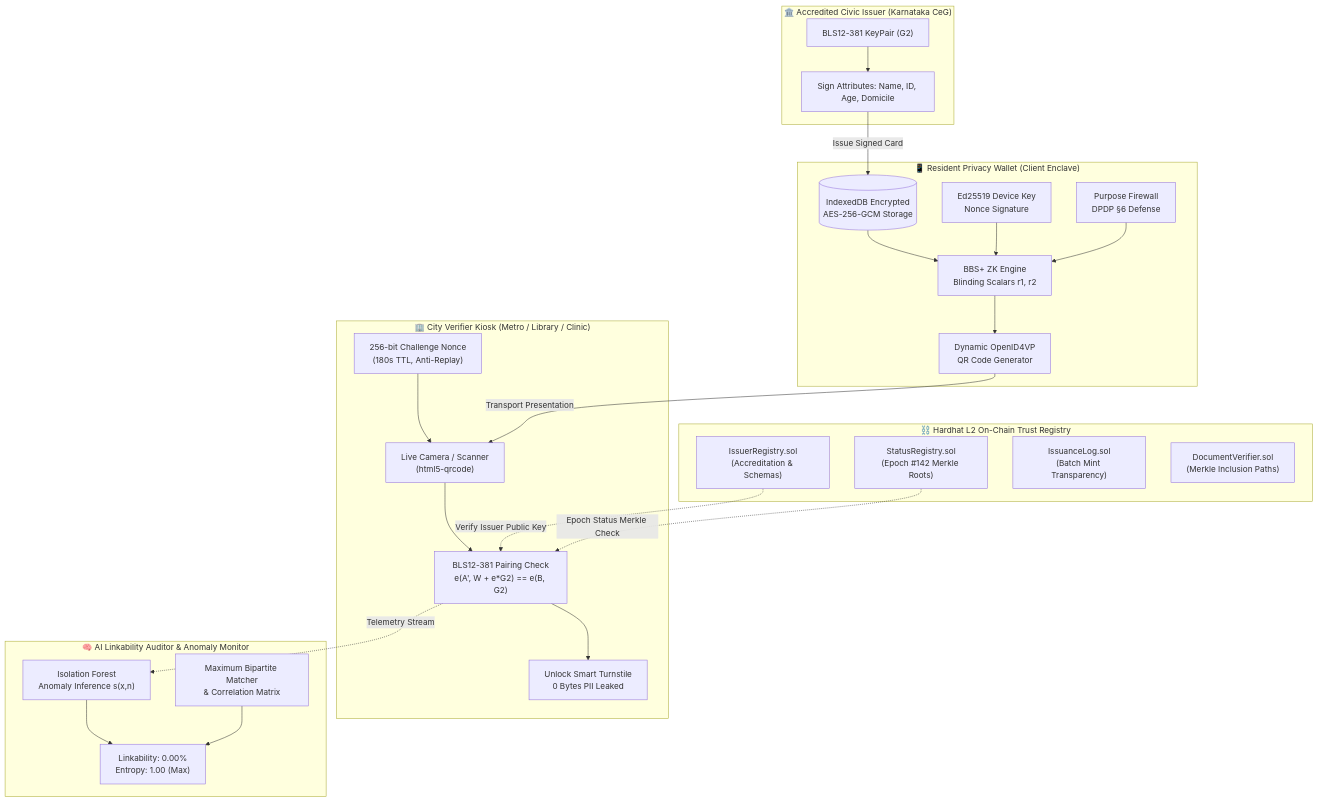
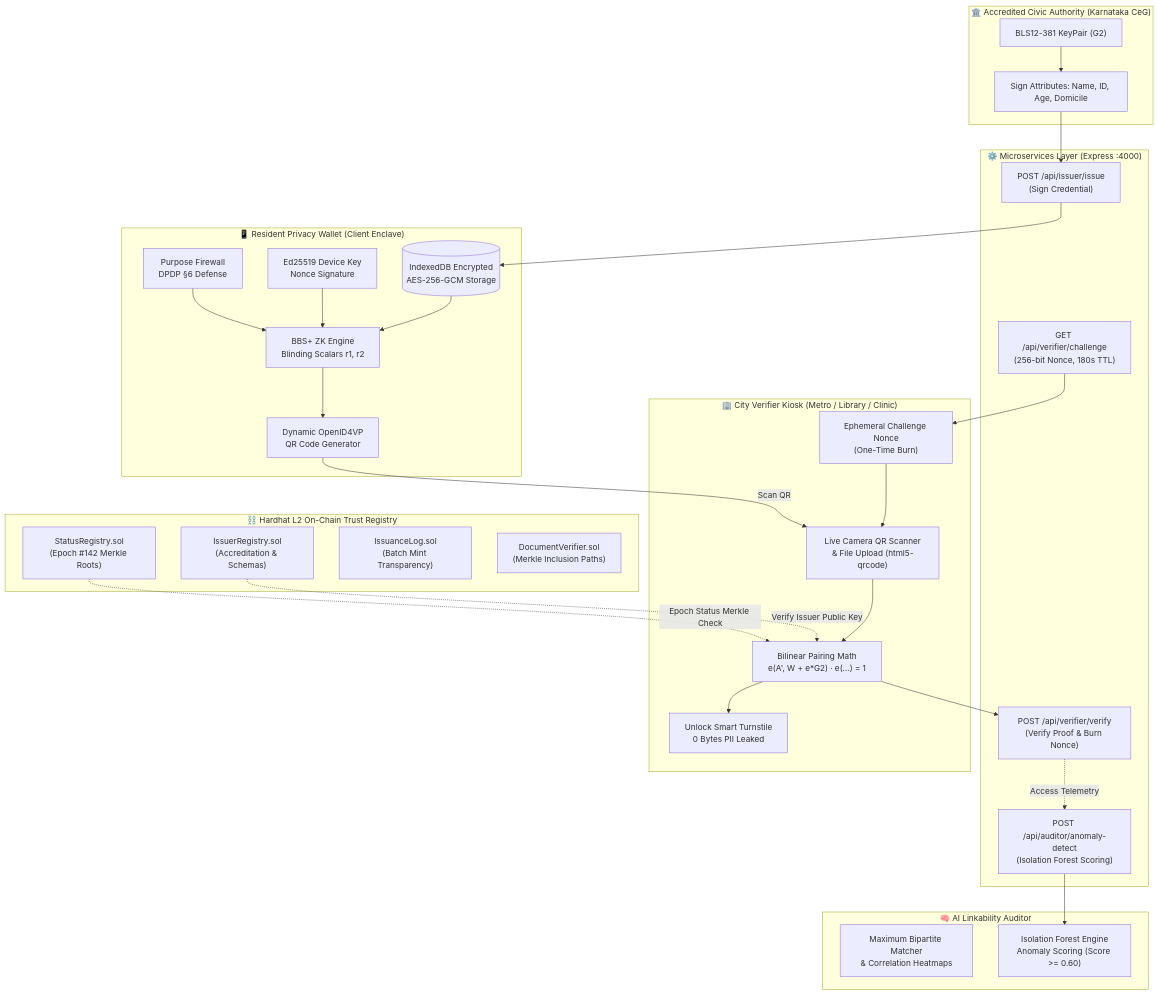
The diagram in README.md (aarnavbhat/ShroudIT), drawn with Mermaid before and after one commit. The commit also changed other lines of this file and 3 other files, not shown here.

````diff
--- a/README.md
+++ b/README.md
@@ -30,54 +34,61 @@
 ```mermaid
 flowchart TD
-    subgraph Issuer ["🏛️ Accredited Civic Issuer (Karnataka CeG)"]
+    subgraph Issuer ["🏛️ Accredited Civic Authority (Karnataka CeG)"]
         IK["BLS12-381 KeyPair (G2)"]
         ISSUE["Sign Attributes: Name, ID, Age, Domicile"]
         IK --> ISSUE
+    end
+
+    subgraph Backend ["⚙️ Microservices Layer (Express :4000)"]
+        API_ISSUE["POST /api/issuer/issue<br/>(Sign Credential)"]
+        API_CHALLENGE["GET /api/verifier/challenge<br/>(256-bit Nonce, 180s TTL)"]
+        API_VERIFY["POST /api/verifier/verify<br/>(Verify Proof & Burn Nonce)"]
+        API_AUDITOR["POST /api/auditor/anomaly-detect<br/>(Isolation Forest Scoring)"]
     end
 
     subgraph Blockchain ["⛓️ Hardhat L2 On-Chain Trust Registry"]
         IR["IssuerRegistry.sol<br/>(Accreditation & Schemas)"]
         SR["StatusRegistry.sol<br/>(Epoch #142 Merkle Roots)"]
         IL["IssuanceLog.sol<br/>(Batch Mint Transparency)"]
         DV["DocumentVerifier.sol<br/>(Merkle Inclusion Paths)"]
     end
 
     subgraph Wallet ["📱 Resident Privacy Wallet (Client Enclave)"]
         IDB[("IndexedDB Encrypted<br/>AES-256-GCM Storage")]
         BBS_ENG["BBS+ ZK Engine<br/>Blinding Scalars r1, r2"]
         DEV_KEY["Ed25519 Device Key<br/>Nonce Signature"]
         FIREWALL["Purpose Firewall<br/>DPDP §6 Defense"]
         QR["Dynamic OpenID4VP<br/>QR Code Generator"]
         
         IDB --> BBS_ENG
         DEV_KEY --> BBS_ENG
         FIREWALL --> BBS_ENG
         BBS_ENG --> QR
     end
 
     subgraph Verifier ["🏢 City Verifier Kiosk (Metro / Library / Clinic)"]
-        NONCE["256-bit Challenge Nonce<br/>(180s TTL, Anti-Replay)"]
-        CAM["Live Camera / Scanner<br/>(html5-qrcode)"]
-        PAIRING["BLS12-381 Pairing Check<br/>e(A', W + e*G2) == e(B, G2)"]
+        CAM["Live Camera QR Scanner<br/>& File Upload (html5-qrcode)"]
+        CHALLENGE["Ephemeral Challenge Nonce<br/>(One-Time Burn)"]
+        PAIRING["Bilinear Pairing Math<br/>e(A', W + e*G2) · e(...) = 1"]
         GATE["Unlock Smart Turnstile<br/>0 Bytes PII Leaked"]
         
-        NONCE --> CAM
+        CHALLENGE --> CAM
         CAM --> PAIRING
         PAIRING --> GATE
     end
 
-    subgraph Auditor ["🧠 AI Linkability Auditor & Anomaly Monitor"]
-        IF["Isolation Forest<br/>Anomaly Inference s(x,n)"]
-        BIPARTITE["Maximum Bipartite Matcher<br/>& Correlation Matrix"]
-        PROVER["Linkability: 0.00%<br/>Entropy: 1.00 (Max)"]
-        
-        IF --> PROVER
-        BIPARTITE --> PROVER
+    subgraph Auditor ["🧠 AI Linkability Auditor"]
+        BIPARTITE["Maximum Bipartite Matcher<br/>& Correlation Heatmaps"]
+        IFOREST["Isolation Forest Engine<br/>Anomaly Scoring (Score >= 0.60)"]
     end
 
-    ISSUE -->|Issue Signed Card| IDB
+    ISSUE --> API_ISSUE
+    API_ISSUE --> IDB
     IR -.->|Verify Issuer Public Key| PAIRING
     SR -.->|Epoch Status Merkle Check| PAIRING
-    QR -->|Transport Presentation| CAM
-    PAIRING -.->|Telemetry Stream| IF
+    API_CHALLENGE --> CHALLENGE
+    QR -->|Scan QR| CAM
+    PAIRING --> API_VERIFY
+    API_VERIFY -.->|Access Telemetry| API_AUDITOR
+    API_AUDITOR --> IFOREST
 ```
````
